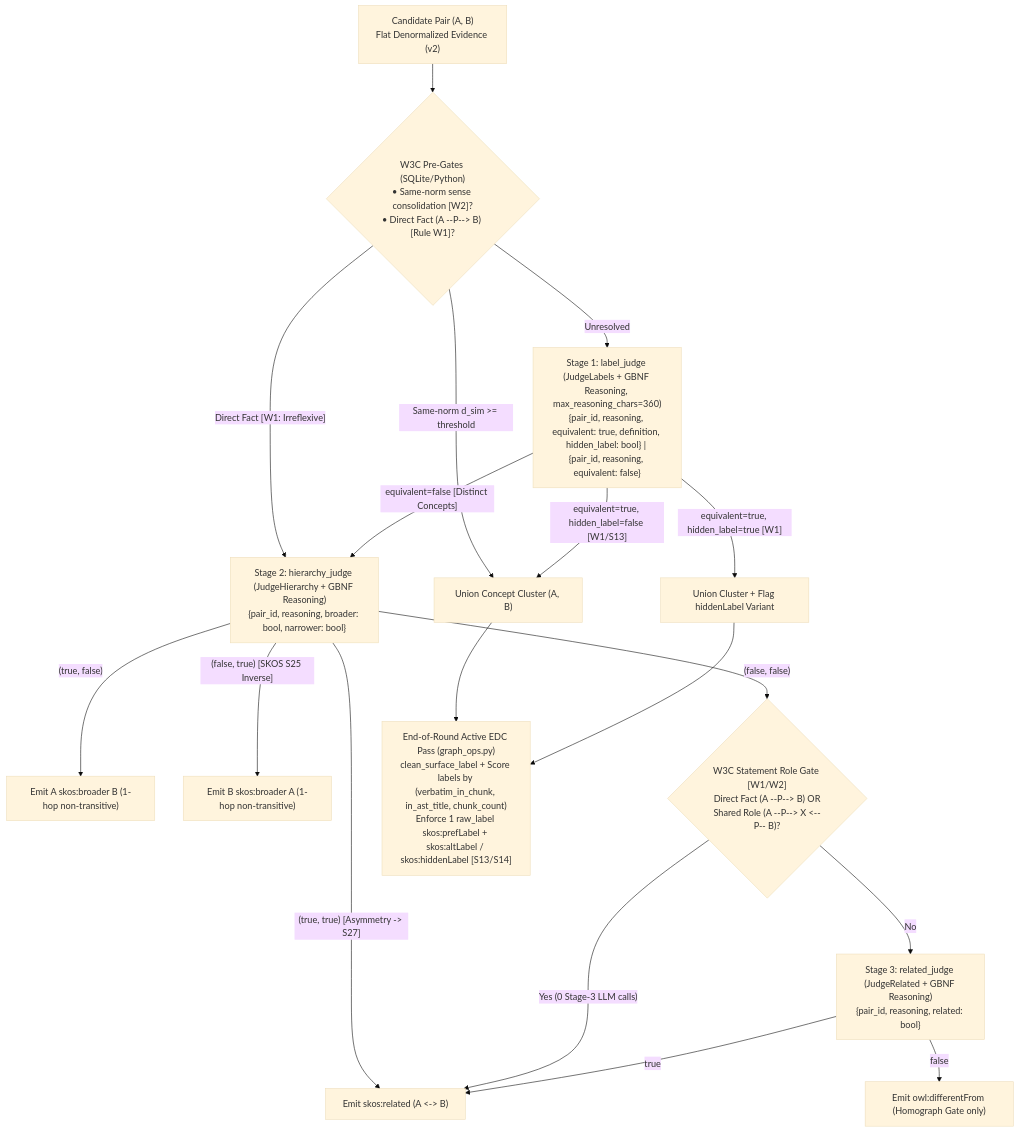
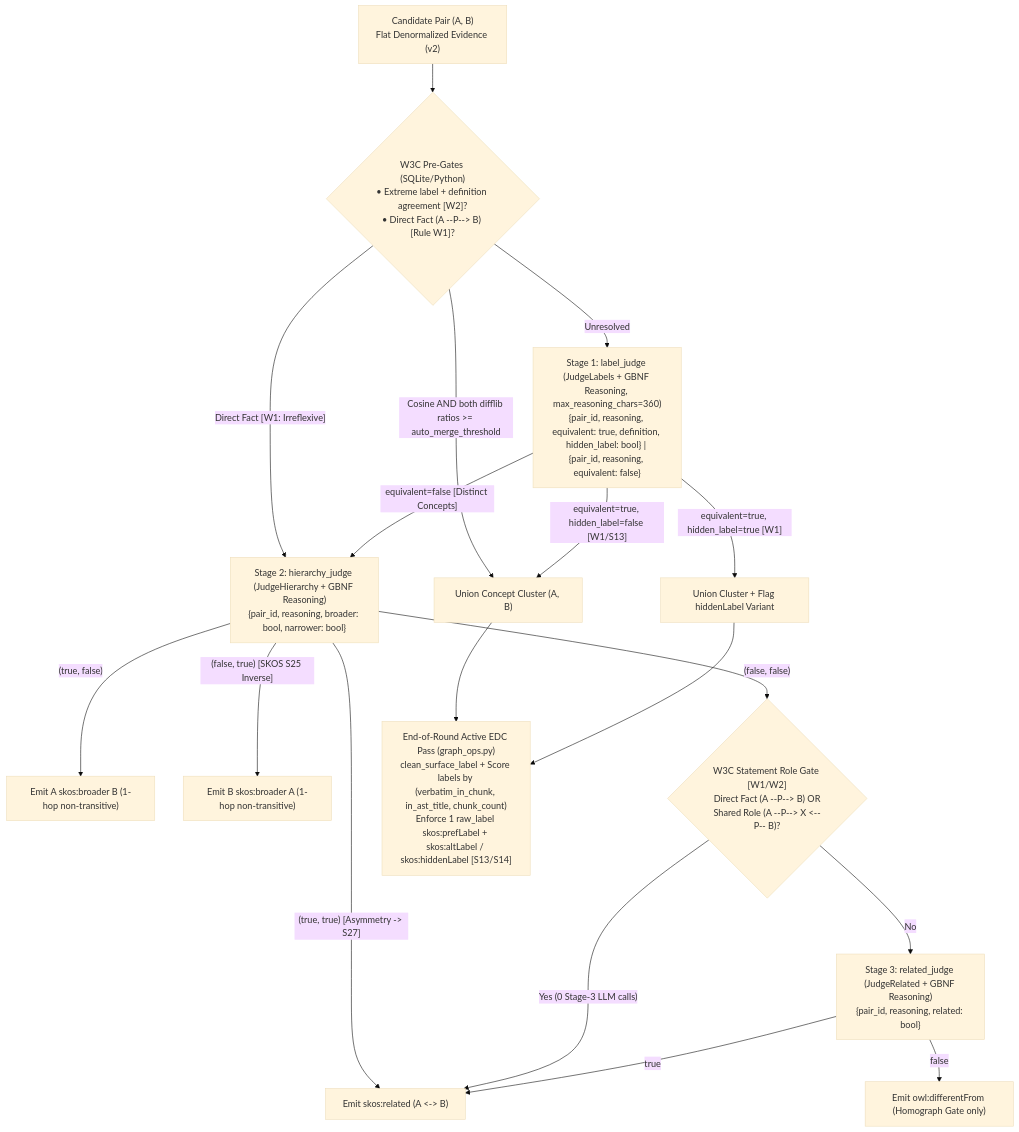
The first of 2 diagrams in docs/w3c-improvements.md (negatrait/yaw), drawn with Mermaid (base theme) before and after one commit. The commit also changed other lines of this file and 36 other files, not shown here.

Commit message:
perf(graph): streamline source-aware candidate discovery

````diff
--- a/docs/w3c-improvements.md
+++ b/docs/w3c-improvements.md
@@ -42,20 +42,20 @@
 ```mermaid
 flowchart TD
-    P["Candidate Pair (A, B)\nFlat Denormalized Evidence (v2)"] --> W0{"W3C Pre-Gates (SQLite/Python)\n• Same-norm sense consolidation [W2]?\n• Direct Fact (A --P--> B) [Rule W1]?"}
-    W0 -- "Same-norm d_sim >= threshold" --> MERGE["Union Concept Cluster (A, B)"]
+    P["Candidate Pair (A, B)\nFlat Denormalized Evidence (v2)"] --> W0{"W3C Pre-Gates (SQLite/Python)\n• Extreme label + definition agreement [W2]?\n• Direct Fact (A --P--> B) [Rule W1]?"}
+    W0 -- "Cosine AND both difflib ratios >= auto_merge_threshold" --> MERGE["Union Concept Cluster (A, B)"]
     W0 -- "Direct Fact [W1: Irreflexive]" --> S2
     W0 -- "Unresolved" --> S1["Stage 1: label_judge (JudgeLabels + GBNF Reasoning, max_reasoning_chars=360)\n{pair_id, reasoning, equivalent: true, definition, hidden_label: bool} | {pair_id, reasoning, equivalent: false}"]
     S1 -- "equivalent=true, hidden_label=false [W1/S13]" --> MERGE
     S1 -- "equivalent=true, hidden_label=true [W1]" --> MERGE_H["Union Cluster + Flag hiddenLabel Variant"]
     S1 -- "equivalent=false [Distinct Concepts]" --> S2["Stage 2: hierarchy_judge (JudgeHierarchy + GBNF Reasoning)\n{pair_id, reasoning, broader: bool, narrower: bool}"]
     S2 -- "(true, false)" --> E_AB["Emit A skos:broader B (1-hop non-transitive)"]
     S2 -- "(false, true) [SKOS S25 Inverse]" --> E_BA["Emit B skos:broader A (1-hop non-transitive)"]
     S2 -- "(true, true) [Asymmetry -> S27]" --> E_REL["Emit skos:related (A <-> B)"]
     S2 -- "(false, false)" --> W2{"W3C Statement Role Gate [W1/W2]\nDirect Fact (A --P--> B) OR\nShared Role (A --P--> X <--P-- B)?"}
     W2 -- "Yes (0 Stage-3 LLM calls)" --> E_REL
     W2 -- "No" --> S3["Stage 3: related_judge (JudgeRelated + GBNF Reasoning)\n{pair_id, reasoning, related: bool}"]
     S3 -- "true" --> E_REL
     S3 -- "false" --> E_DIFF["Emit owl:differentFrom (Homograph Gate only)"]
     MERGE --> EDC["End-of-Round Active EDC Pass (graph_ops.py)\nclean_surface_label + Score labels by (verbatim_in_chunk, in_ast_title, chunk_count)\nEnforce 1 raw_label skos:prefLabel + skos:altLabel / skos:hiddenLabel [S13/S14]"]
     MERGE_H --> EDC
 ```
````
